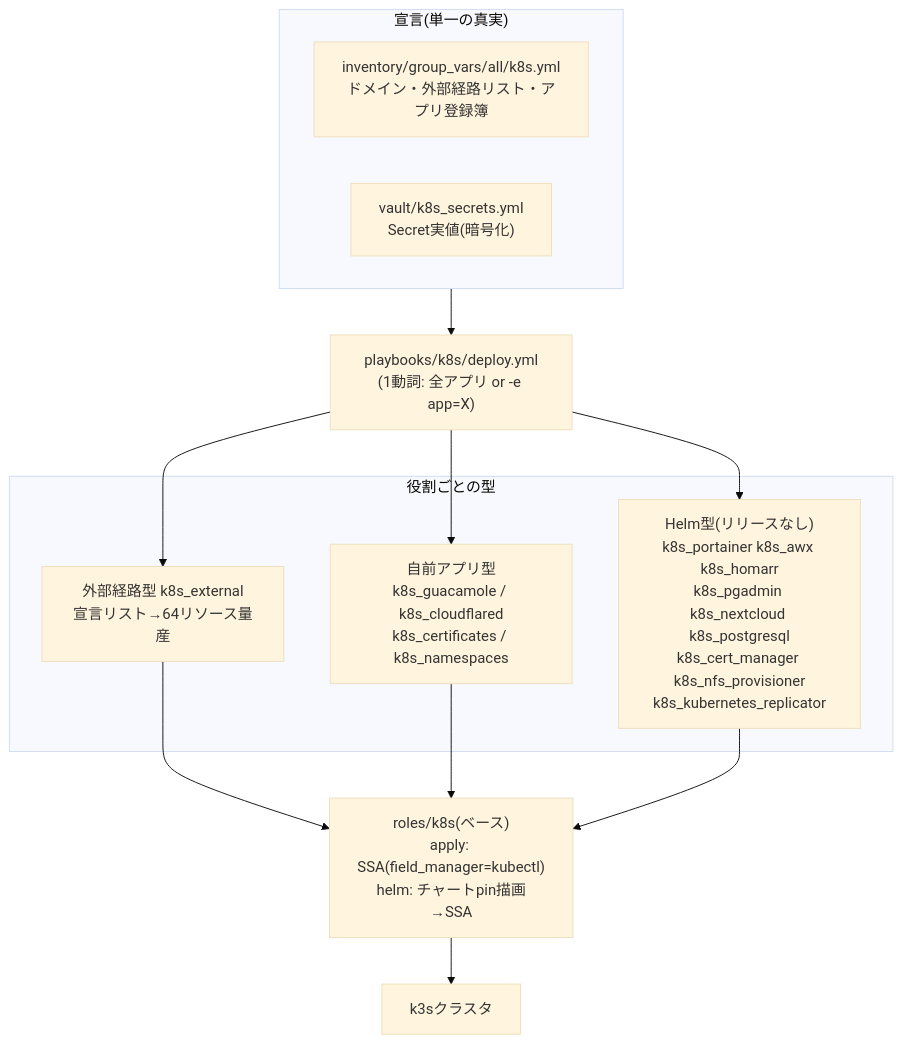
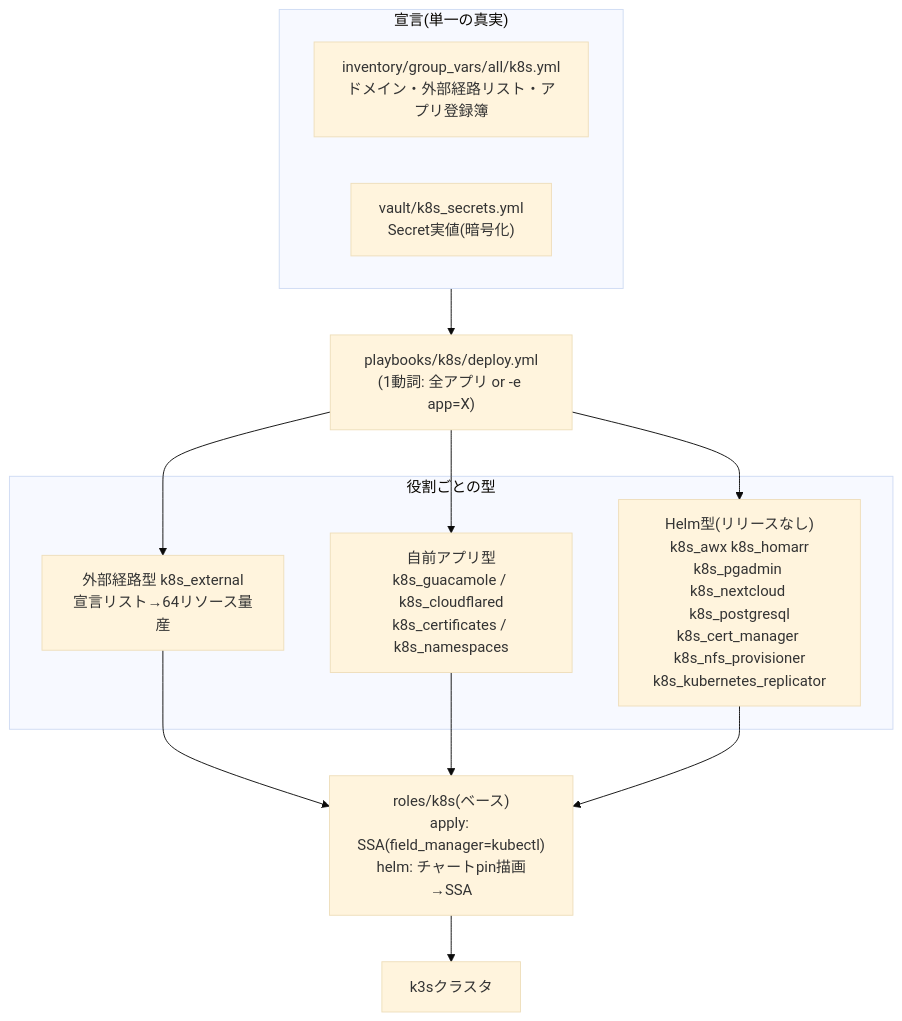
The first of 2 diagrams in docs/k8s/README.md (CHACCHAN/infrastructure), drawn with Mermaid (base theme) before and after one commit. The commit also changed other lines of this file and 22 other files, not shown here.

````diff
--- a/docs/k8s/README.md
+++ b/docs/k8s/README.md
@@ -9,15 +9,15 @@
 ```mermaid
 flowchart TB
     subgraph 宣言["宣言(単一の真実)"]
         G["inventory/group_vars/all/k8s.yml<br>ドメイン・外部経路リスト・アプリ登録簿"]
         V["vault/k8s_secrets.yml<br>Secret実値(暗号化)"]
     end
     D["playbooks/k8s/deploy.yml<br>(1動詞: 全アプリ or -e app=X)"]
     subgraph 型["役割ごとの型"]
         E["外部経路型 k8s_external<br>宣言リスト→64リソース量産"]
         S["自前アプリ型<br>k8s_guacamole / k8s_cloudflared<br>k8s_certificates / k8s_namespaces"]
-        H["Helm型(リリースなし)<br>k8s_portainer k8s_awx k8s_homarr<br>k8s_pgadmin k8s_nextcloud k8s_postgresql<br>k8s_cert_manager k8s_nfs_provisioner<br>k8s_kubernetes_replicator"]
+        H["Helm型(リリースなし)<br>k8s_awx k8s_homarr<br>k8s_pgadmin k8s_nextcloud k8s_postgresql<br>k8s_cert_manager k8s_nfs_provisioner<br>k8s_kubernetes_replicator"]
     end
     B["roles/k8s(ベース)<br>apply: SSA(field_manager=kubectl)<br>helm: チャートpin描画→SSA"]
     宣言 --> D --> E & S & H --> B --> C["k3sクラスタ"]
 ```
````
